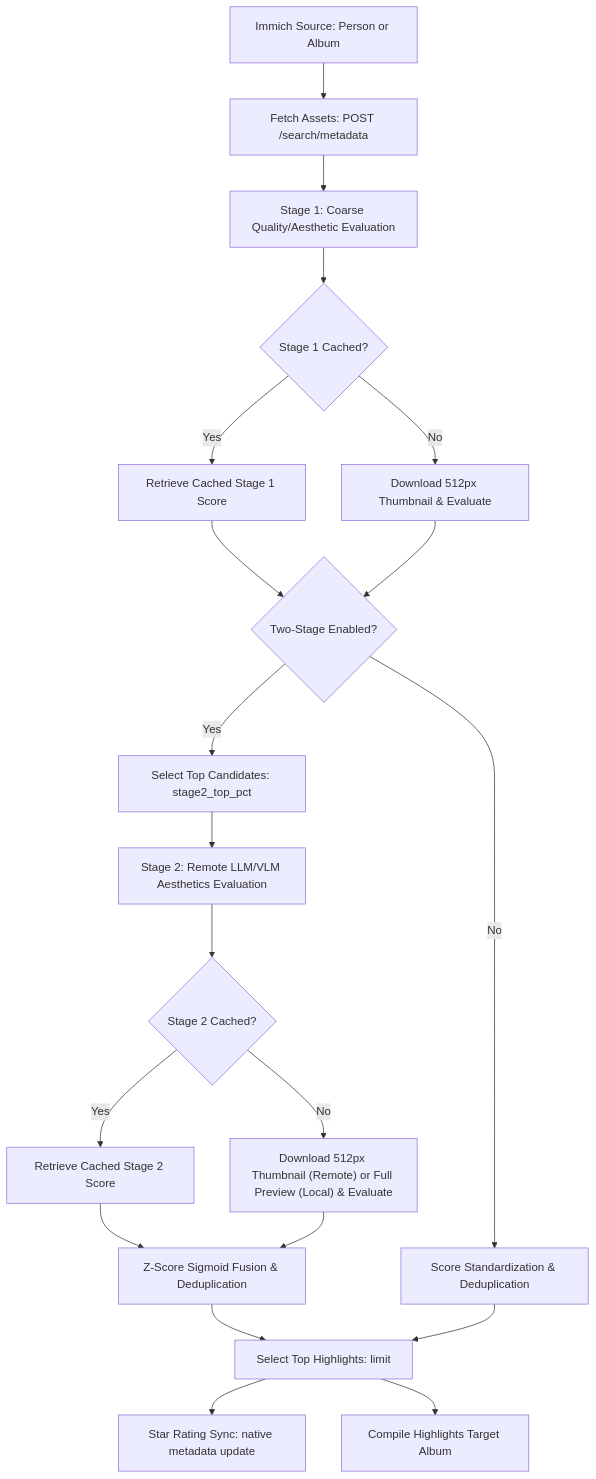
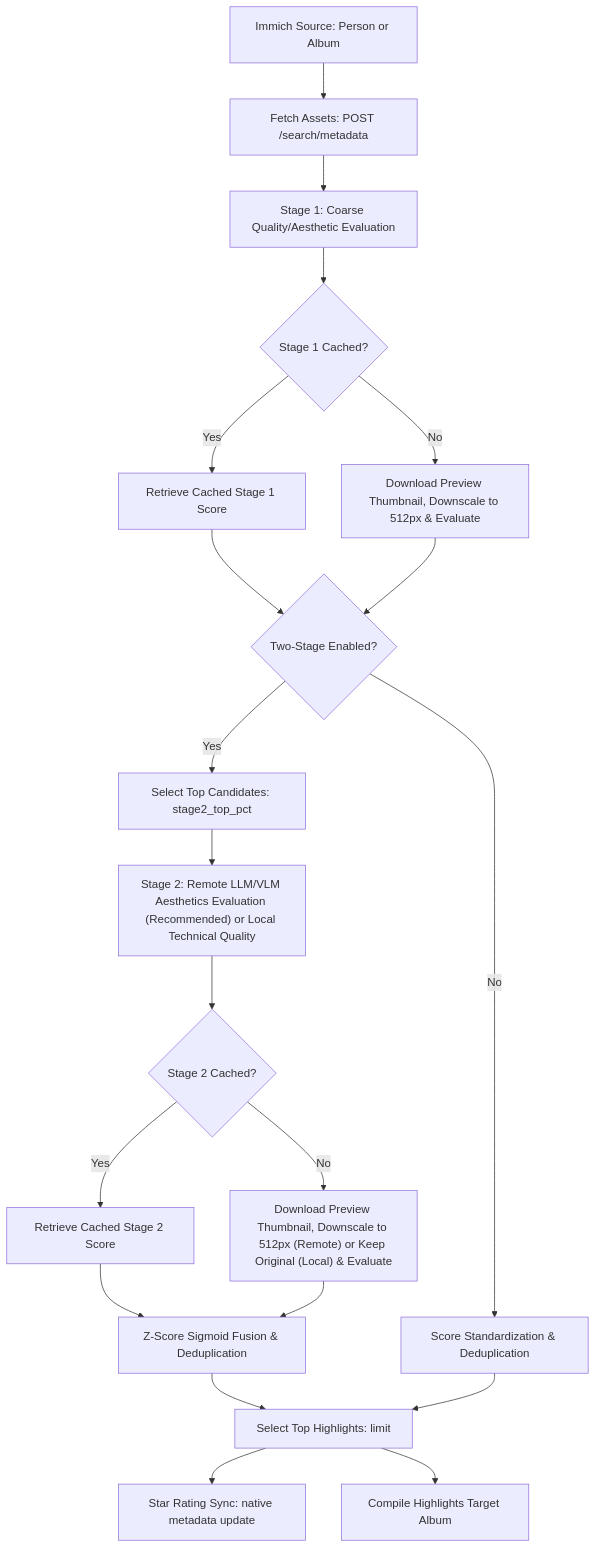
One commit to jbelew/immich-aesthetic-scorer changed the diagram in README.md. Above: the diagram before and after it, drawn with Mermaid. The commit also changed 1 other file, not shown here.

Commit message:
docs: clarify thumbnail downscaling in flow diagrams
- Change node labels in README.md and code_review_and_architecture.md to show that the client downloads the preview thumbnail and downscales it to 512px locally

````diff
--- a/README.md
+++ b/README.md
@@ -17,26 +17,26 @@
 ```mermaid
 graph TD
     A[Immich Source: Person or Album] --> B[Fetch Assets: POST /search/metadata]
     B --> C[Stage 1: Coarse Quality/Aesthetic Evaluation]
     C --> D{Stage 1 Cached?}
     D -->|Yes| E[Retrieve Cached Stage 1 Score]
-    D -->|No| F[Download 512px Thumbnail & Evaluate]
+    D -->|No| F[Download Preview Thumbnail, Downscale to 512px & Evaluate]
     E --> H{Two-Stage Enabled?}
     F --> H
 
     H -->|Yes| I[Select Top Candidates: stage2_top_pct]
-    I --> J["Stage 2: Remote LLM/VLM Aesthetics Evaluation"]
+    I --> J["Stage 2: Remote LLM/VLM Aesthetics Evaluation (Recommended) or Local Technical Quality"]
     J --> K{Stage 2 Cached?}
     K -->|Yes| L[Retrieve Cached Stage 2 Score]
-    K -->|No| M["Download 512px Thumbnail (Remote) or Full Preview (Local) & Evaluate"]
+    K -->|No| M["Download Preview Thumbnail, Downscale to 512px (Remote) or Keep Original (Local) & Evaluate"]
     L --> N[Z-Score Sigmoid Fusion & Deduplication]
     M --> N
 
     H -->|No| O[Score Standardization & Deduplication]
 
     N --> P[Select Top Highlights: limit]
     O --> P
 
     P --> Q[Star Rating Sync: native metadata update]
     P --> R[Compile Highlights Target Album]
 ```
````
